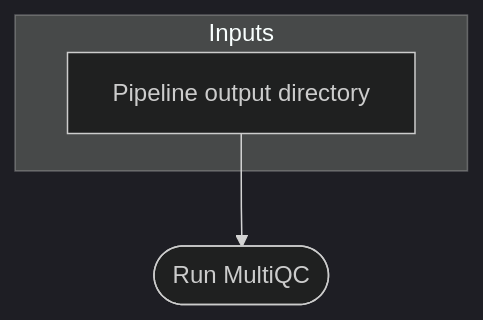
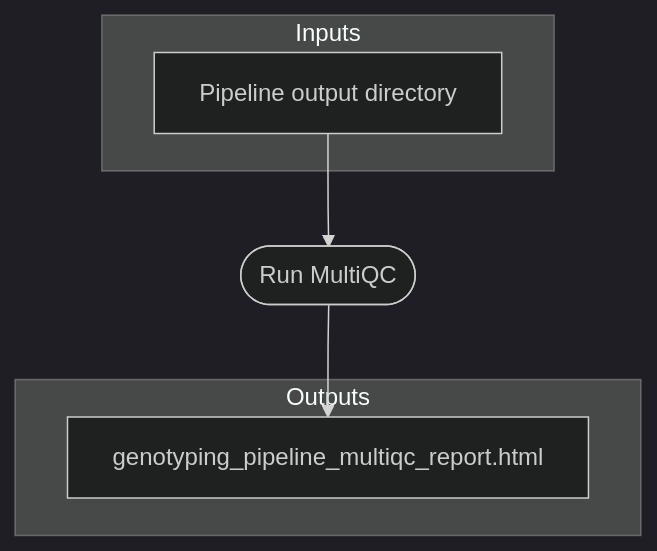
One commit to EcoEvoGenomics/genotyping_pipeline changed the fifth of 5 diagrams in README.md. Above: the diagram before and after it, drawn with Mermaid (dark theme). The commit also changed other lines of this file, not shown here.

Commit message:
README.md: Add outputs to all mermaid flowcharts

````diff
--- a/README.md
+++ b/README.md
@@ -182,8 +214,12 @@
 ```mermaid
 flowchart TB
     subgraph "Inputs"
     v2["Pipeline output directory"]
     end
     v3(["Run MultiQC"])
     v2 --> v3
+    v3 --> v4
+    subgraph "Outputs"
+    v4["genotyping_pipeline_multiqc_report.html"]
+    end
 ```
````
